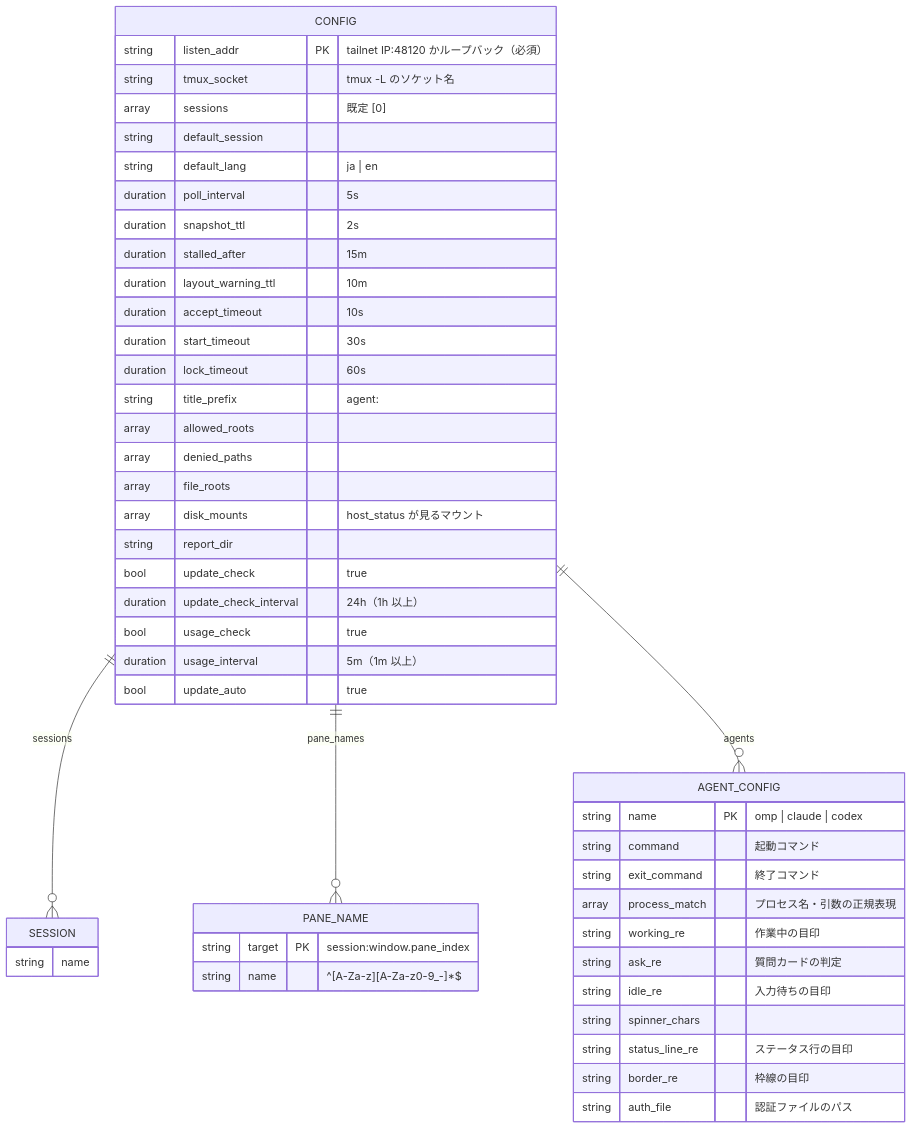
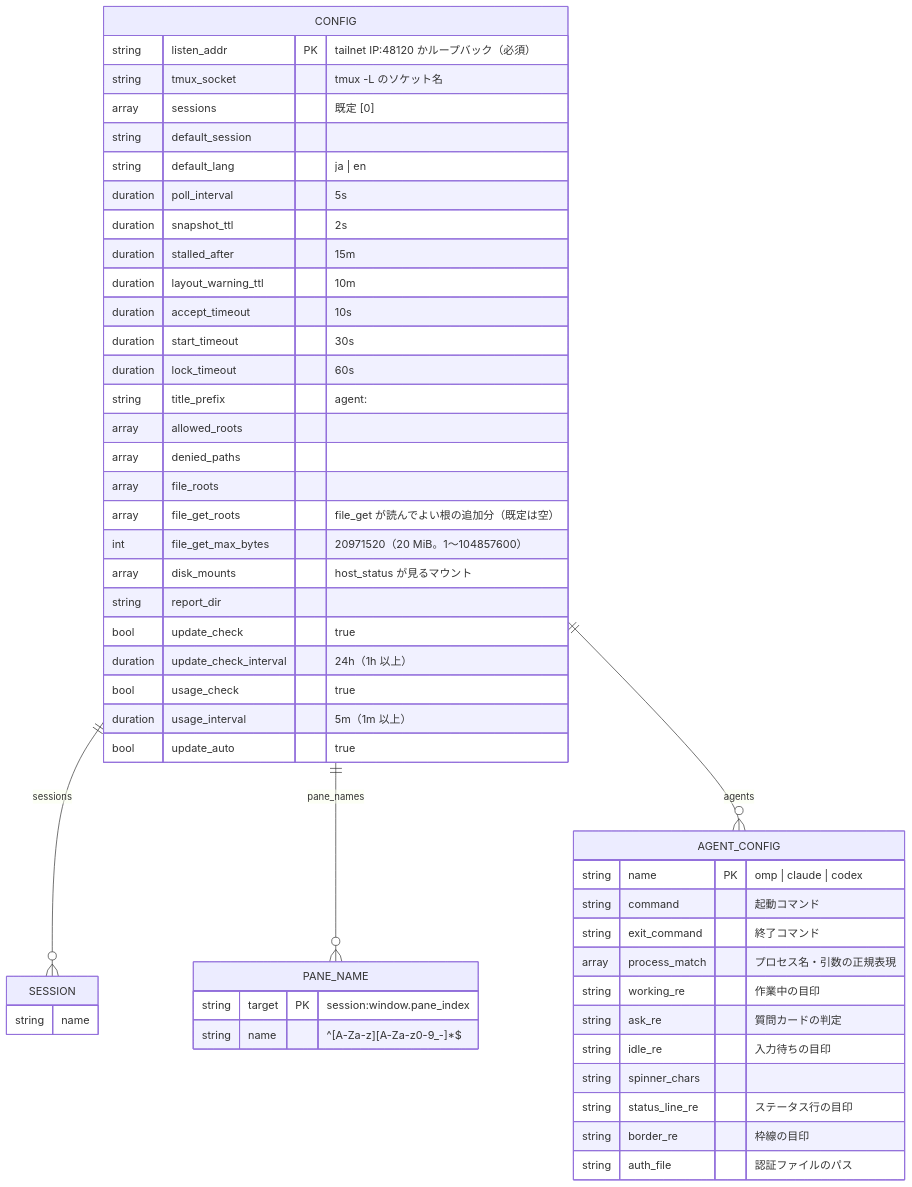
One commit to ousiassllc/swarm-console changed the first of 2 diagrams in docs/architecture/er-config.md. Above: the diagram before and after it, drawn with Mermaid. The commit also changed other lines of this file and 17 other files, not shown here.

````diff
--- a/docs/architecture/er-config.md
+++ b/docs/architecture/er-config.md
@@ -9,52 +9,54 @@
 ```mermaid
 erDiagram
     CONFIG ||--o{ SESSION : "sessions"
     CONFIG ||--o{ PANE_NAME : "pane_names"
     CONFIG ||--o{ AGENT_CONFIG : "agents"
 
     CONFIG {
         string listen_addr PK "tailnet IP:48120 かループバック（必須）"
         string tmux_socket "tmux -L のソケット名"
         array sessions "既定 [0]"
         string default_session
         string default_lang "ja | en"
         duration poll_interval "5s"
         duration snapshot_ttl "2s"
         duration stalled_after "15m"
         duration layout_warning_ttl "10m"
         duration accept_timeout "10s"
         duration start_timeout "30s"
         duration lock_timeout "60s"
         string title_prefix "agent: "
         array allowed_roots
         array denied_paths
         array file_roots
+        array file_get_roots "file_get が読んでよい根の追加分（既定は空）"
+        int file_get_max_bytes "20971520（20 MiB。1〜104857600）"
         array disk_mounts "host_status が見るマウント"
         string report_dir
         bool update_check "true"
         duration update_check_interval "24h（1h 以上）"
         bool usage_check "true"
         duration usage_interval "5m（1m 以上）"
         bool update_auto "true"
     }
     SESSION {
         string name
     }
     PANE_NAME {
         string target PK "session:window.pane_index"
         string name "^[A-Za-z][A-Za-z0-9_-]*$"
     }
     AGENT_CONFIG {
         string name PK "omp | claude | codex"
         string command "起動コマンド"
         string exit_command "終了コマンド"
         array process_match "プロセス名・引数の正規表現"
         string working_re "作業中の目印"
         string ask_re "質問カードの判定"
         string idle_re "入力待ちの目印"
         string spinner_chars
         string status_line_re "ステータス行の目印"
         string border_re "枠線の目印"
         string auth_file "認証ファイルのパス"
     }
 ```
````
